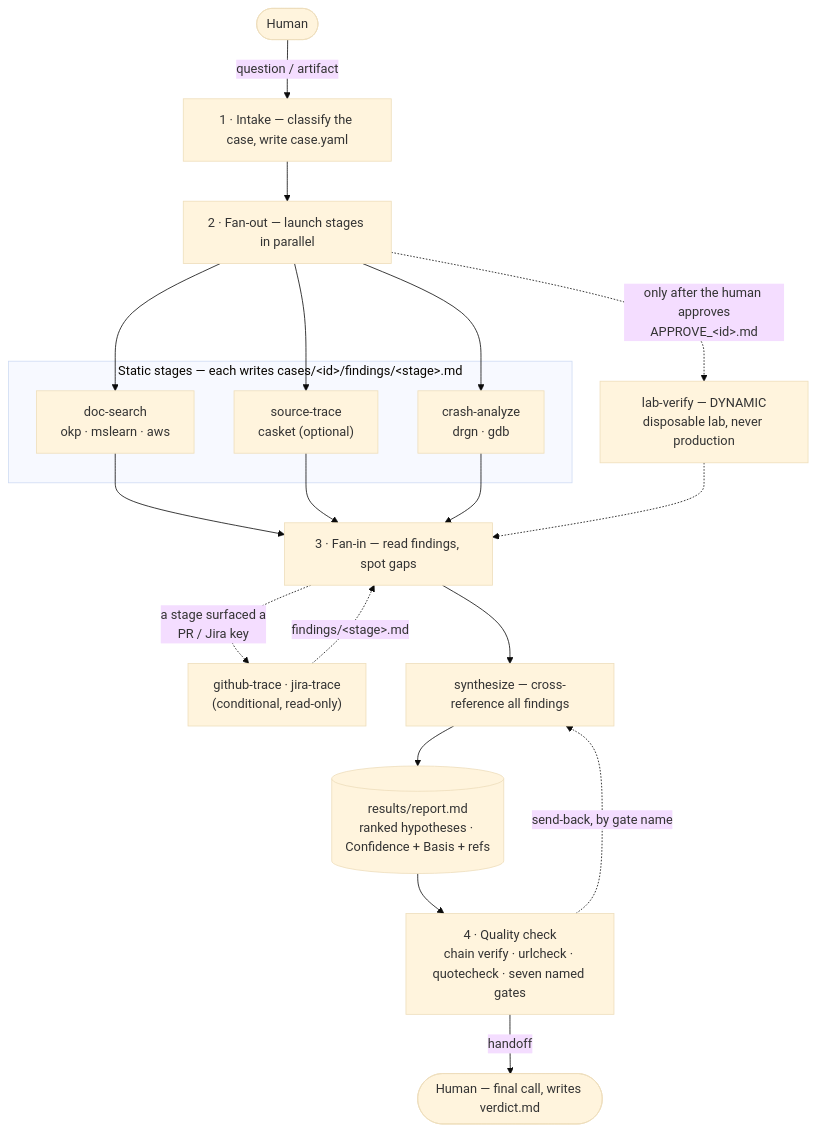
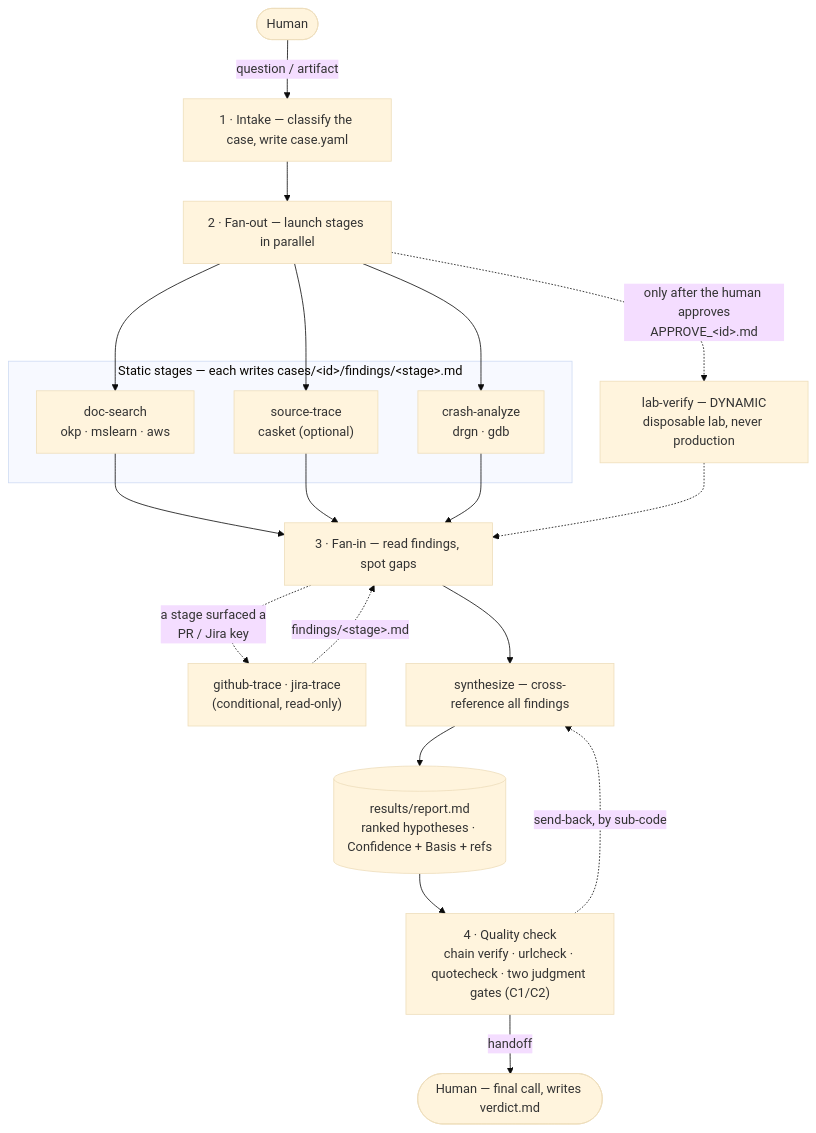
The first of 2 diagrams in README.md (nogunix/janus), drawn with Mermaid (base theme) before and after one commit. The commit also changed other lines of this file and 6 other files, not shown here.

First line of the commit message:
pipeline: consolidate step-7 acceptance gates G1–G7 into two judgment gates (0.17.0)

````diff
--- a/README.md
+++ b/README.md
@@ -33,32 +33,32 @@
 ```mermaid
 flowchart TD
     human(["Human"]) -->|"question / artifact"| intake
 
     intake["1&nbsp;· Intake — classify the case, write case.yaml"] --> fanout
     fanout["2&nbsp;· Fan-out — launch stages in parallel"]
 
     subgraph stages["Static stages — each writes cases/&lt;id&gt;/findings/&lt;stage&gt;.md"]
         ds["doc-search<br/>okp · mslearn · aws"]
         st["source-trace<br/>casket (optional)"]
         ca["crash-analyze<br/>drgn · gdb"]
     end
 
     lv["lab-verify — DYNAMIC<br/>disposable lab, never production"]
 
     fanout --> ds & st & ca
     fanout -.->|"only after the human approves<br/>APPROVE_&lt;id&gt;.md"| lv
 
     ds & st & ca --> fanin
     lv -.-> fanin
     fanin["3&nbsp;· Fan-in — read findings, spot gaps"]
 
     follow["github-trace · jira-trace<br/>(conditional, read-only)"]
     fanin -.->|"a stage surfaced a<br/>PR / Jira key"| follow
     follow -.->|"findings/&lt;stage&gt;.md"| fanin
 
     fanin --> syn["synthesize — cross-reference all findings"]
     syn --> report[("results/report.md<br/>ranked hypotheses · Confidence + Basis + refs")]
-    report --> qc["4&nbsp;· Quality check<br/>chain verify · urlcheck · quotecheck · seven named gates"]
-    qc -.->|"send-back, by gate name"| syn
+    report --> qc["4&nbsp;· Quality check<br/>chain verify · urlcheck · quotecheck · two judgment gates (C1/C2)"]
+    qc -.->|"send-back, by sub-code"| syn
     qc -->|"handoff"| human2(["Human — final call, writes verdict.md"])
 ```
````
